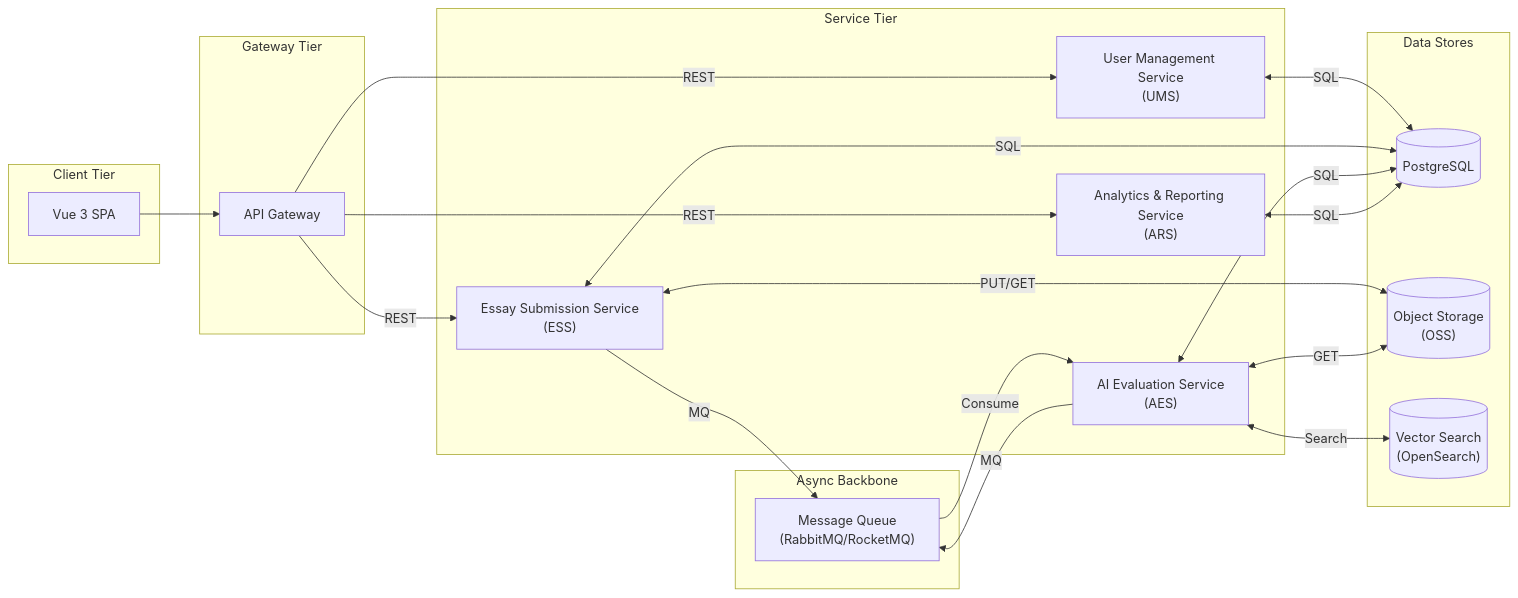
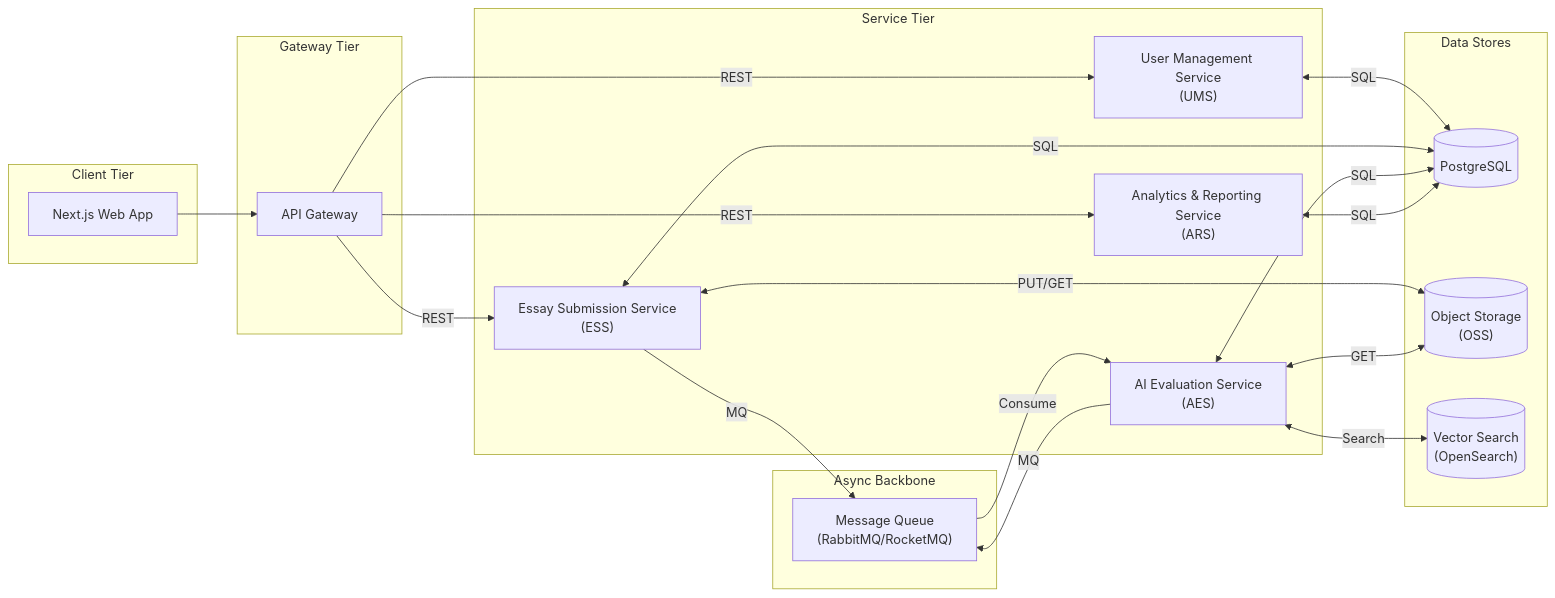
Before and after one commit to 2333xxxx/EssayCoach: the first of 2 diagrams in docs/Functional Module Design.md, drawn with Mermaid. The commit also changed 15 other files, not shown here.

````diff
--- a/docs/Functional Module Design.md
+++ b/docs/Functional Module Design.md
@@ -7,45 +7,45 @@
 ```mermaid
 graph LR
     subgraph "Client Tier"
-        Vue["Vue 3 SPA"]
+        Next["Next.js Web App"]
     end
 
     subgraph "Gateway Tier"
         APIGW["API Gateway"]
     end
 
     subgraph "Service Tier"
         UMS["User Management Service\n(UMS)"]
         ESS["Essay Submission Service\n(ESS)"]
         AES["AI Evaluation Service\n(AES)"]
         ARS["Analytics & Reporting Service\n(ARS)"]
     end
 
     subgraph "Async Backbone"
         MQ["Message Queue\n(RabbitMQ/RocketMQ)"]
     end
 
     subgraph "Data Stores"
         RDS[("PostgreSQL")]
         OSS[("Object Storage\n(OSS)")]
         VS[("Vector Search\n(OpenSearch)")]
     end
 
-    Vue --> APIGW
+    Next --> APIGW
     APIGW -->|REST| UMS
     APIGW -->|REST| ESS
     APIGW -->|REST| ARS
 
     ESS -- MQ <EssaySubmitted> --> MQ
     MQ -- Consume --> AES
     AES -- MQ <EvaluationCompleted> --> MQ
 
     UMS <-->|SQL| RDS
     ESS <-->|SQL| RDS
     AES <-->|SQL| RDS
     ARS <-->|SQL| RDS
 
     ESS <-->|PUT/GET| OSS
     AES <-->|GET| OSS
     AES <-->|Search| VS
 ```
````
